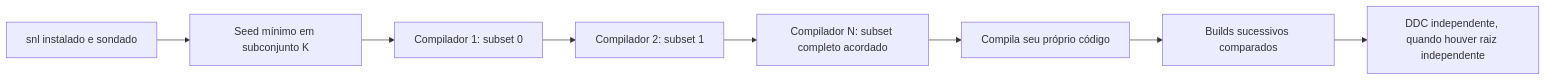
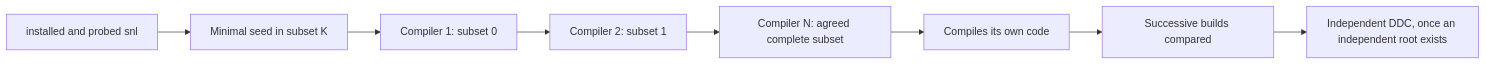
The first of 2 diagrams in docs/architecture/overview.md (moislang/moil), drawn with Mermaid before and after one commit. The commit also changed other lines of this file and 68 other files, not shown here.

````diff
--- a/docs/architecture/overview.md
+++ b/docs/architecture/overview.md
@@ -20,10 +23,10 @@
 ```mermaid
 flowchart LR
-  H[snl instalado e sondado] --> K[Seed mínimo em subconjunto K]
-  K --> C1[Compilador 1: subset 0]
-  C1 --> C2[Compilador 2: subset 1]
-  C2 --> C3[Compilador N: subset completo acordado]
-  C3 --> SH[Compila seu próprio código]
-  SH --> FP[Builds sucessivos comparados]
-  FP --> DDC[DDC independente, quando houver raiz independente]
+  H[installed and probed snl] --> K[Minimal seed in subset K]
+  K --> C1[Compiler 1: subset 0]
+  C1 --> C2[Compiler 2: subset 1]
+  C2 --> C3[Compiler N: agreed complete subset]
+  C3 --> SH[Compiles its own code]
+  SH --> FP[Successive builds compared]
+  FP --> DDC[Independent DDC, once an independent root exists]
 ```
````
